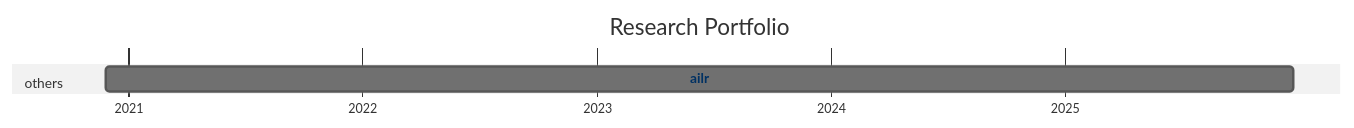
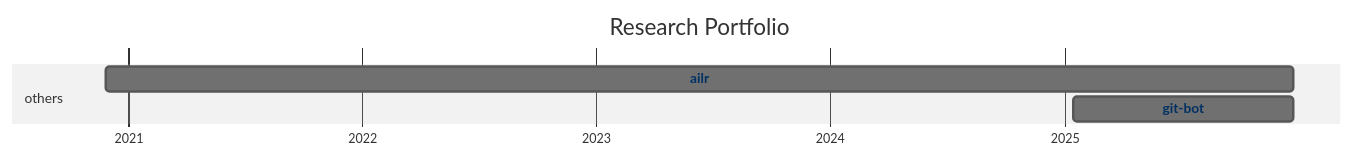
One commit to digital-work-lab/handbook changed the diagram in docs/20-research/25-projects-gantt.md. Above: the diagram before and after it, drawn with Mermaid (neutral theme). The commit also changed 1 other file, not shown here.

Commit message:
Update repository overview

````diff
--- a/docs/20-research/25-projects-gantt.md
+++ b/docs/20-research/25-projects-gantt.md
@@ -8,21 +8,23 @@
 ```mermaid
 ---
 displayMode: compact
 ---
 gantt
 title Research Portfolio
 dateFormat YYYY-MM-DD
 axisFormat %Y
 
     section work_practices
 
     section distributed_organizing
 
     section knowledge_synthesis
 
     section others
-        ailr :ailr, 2020-11-26, 2025-12-24
+        git-bot :git-bot, 2025-01-15, 2025-12-25
+        ailr :ailr, 2020-11-26, 2025-12-25
 
 
+    click git-bot href "{{ site.baseurl }}/docs/10-lab/18-resources/git-bot.html"
     click ailr href "{{ site.baseurl }}/docs/10-lab/18-resources/ailr.html"
 ```
````
